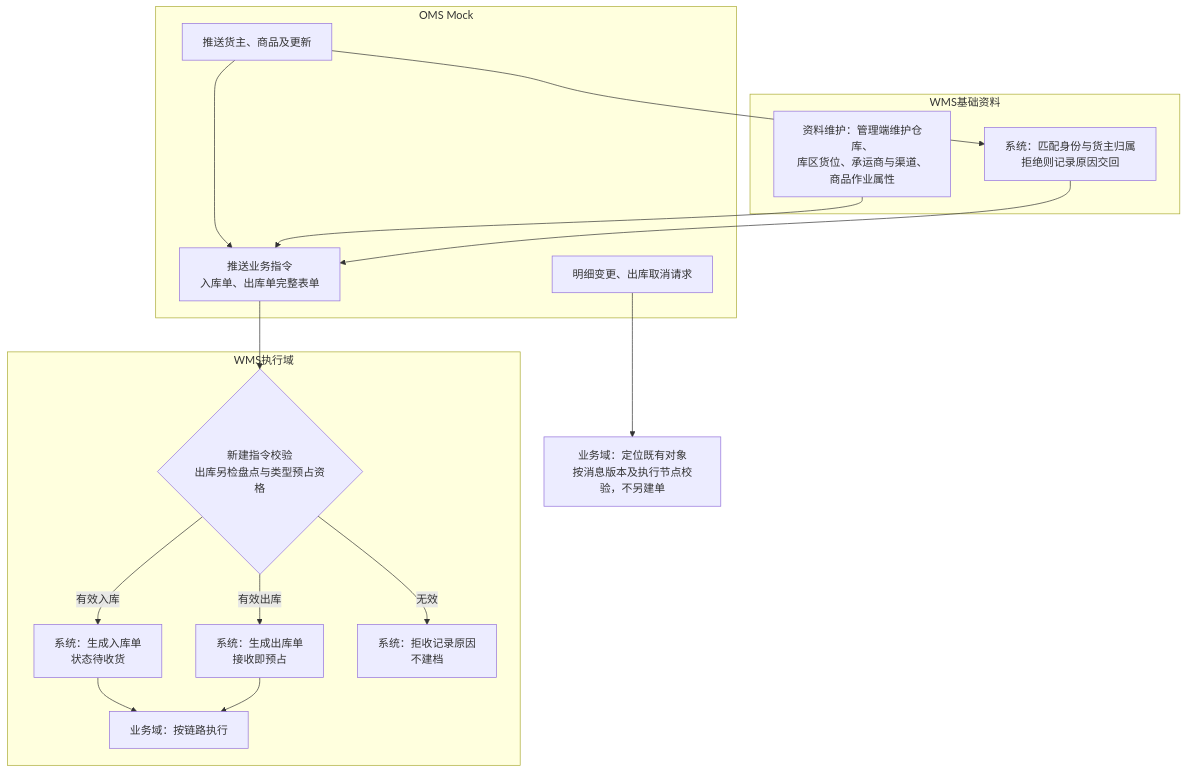
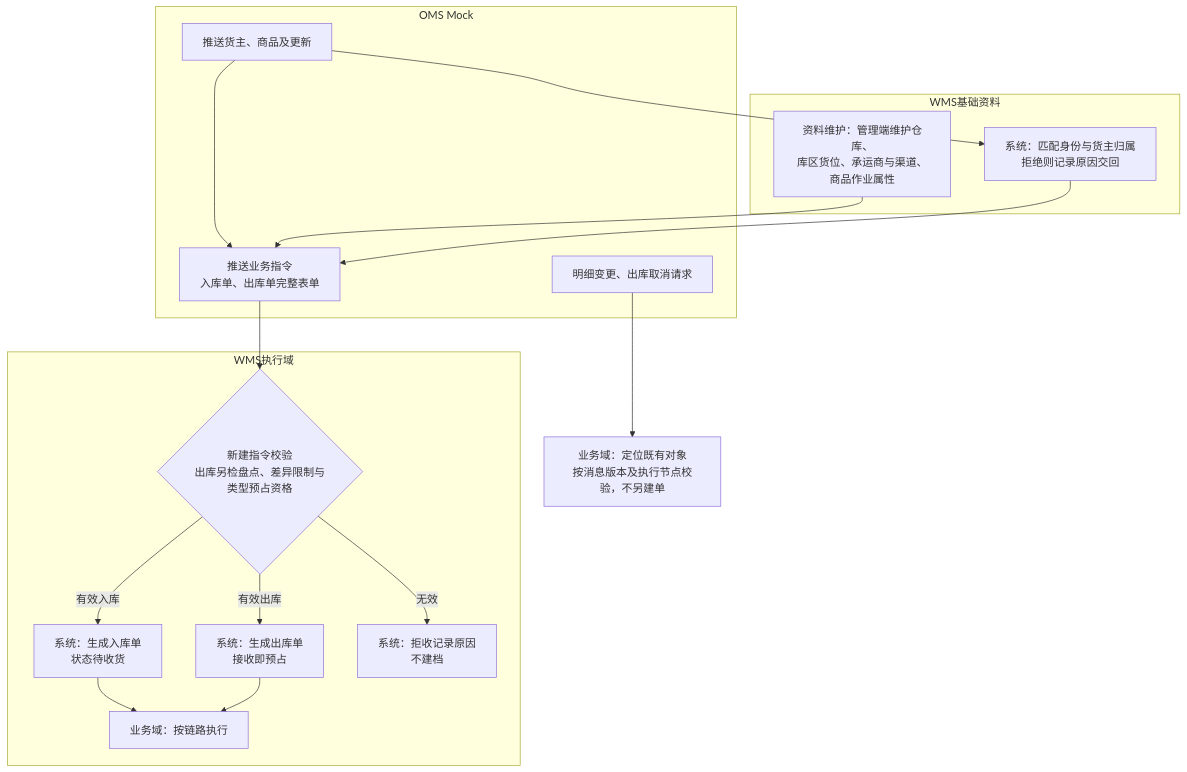
The first of 6 diagrams in 05-应用设计方案/20261002-MVP版本/系统架构设计/01-系统流程与单据交互.md (TopVitamin/QS-WMS-Project), drawn with Mermaid before and after one commit. The commit also changed other lines of this file and 148 other files, not shown here.

````diff
--- a/05-应用设计方案/20261002-MVP版本/系统架构设计/01-系统流程与单据交互.md
+++ b/05-应用设计方案/20261002-MVP版本/系统架构设计/01-系统流程与单据交互.md
@@ -20,28 +20,28 @@
 ```mermaid
 flowchart TB
     subgraph OMS Mock
         A[推送货主、商品及更新] --> B[推送业务指令<br/>入库单、出库单完整表单]
         D[明细变更、出库取消请求]
     end
     subgraph WMS基础资料
         M1[系统：匹配身份与货主归属<br/>拒绝则记录原因交回]
         M2[资料维护：管理端维护仓库、<br/>库区货位、承运商与渠道、商品作业属性]
     end
     subgraph WMS执行域
-        E1{新建指令校验<br/>出库另检盘点与类型预占资格}
+        E1{新建指令校验<br/>出库另检盘点、差异限制与类型预占资格}
         E2[系统：生成入库单<br/>状态待收货]
         E3[系统：生成出库单<br/>接收即预占]
         E4[系统：拒收记录原因<br/>不建档]
         F[业务域：按链路执行]
     end
     A --> M1
     M2 --> B
     M1 --> B
     B --> E1
     E1 -->|有效入库| E2
     E1 -->|有效出库| E3
     E1 -->|无效| E4
     E2 --> F
     E3 --> F
     D --> V[业务域：定位既有对象<br/>按消息版本及执行节点校验，不另建单]
 ```
````
